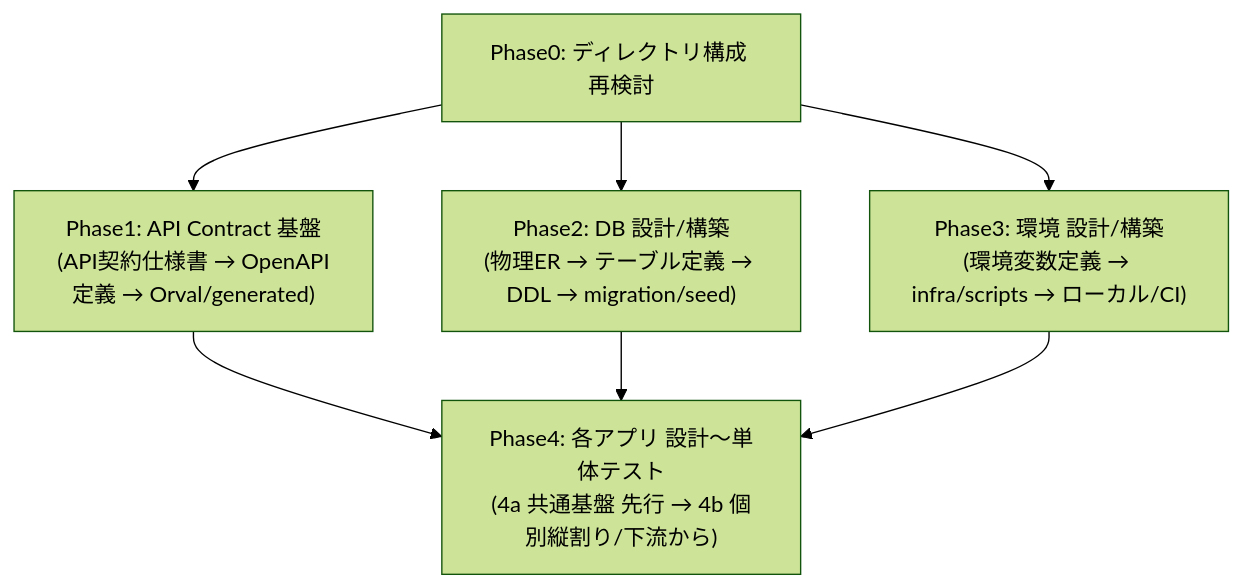
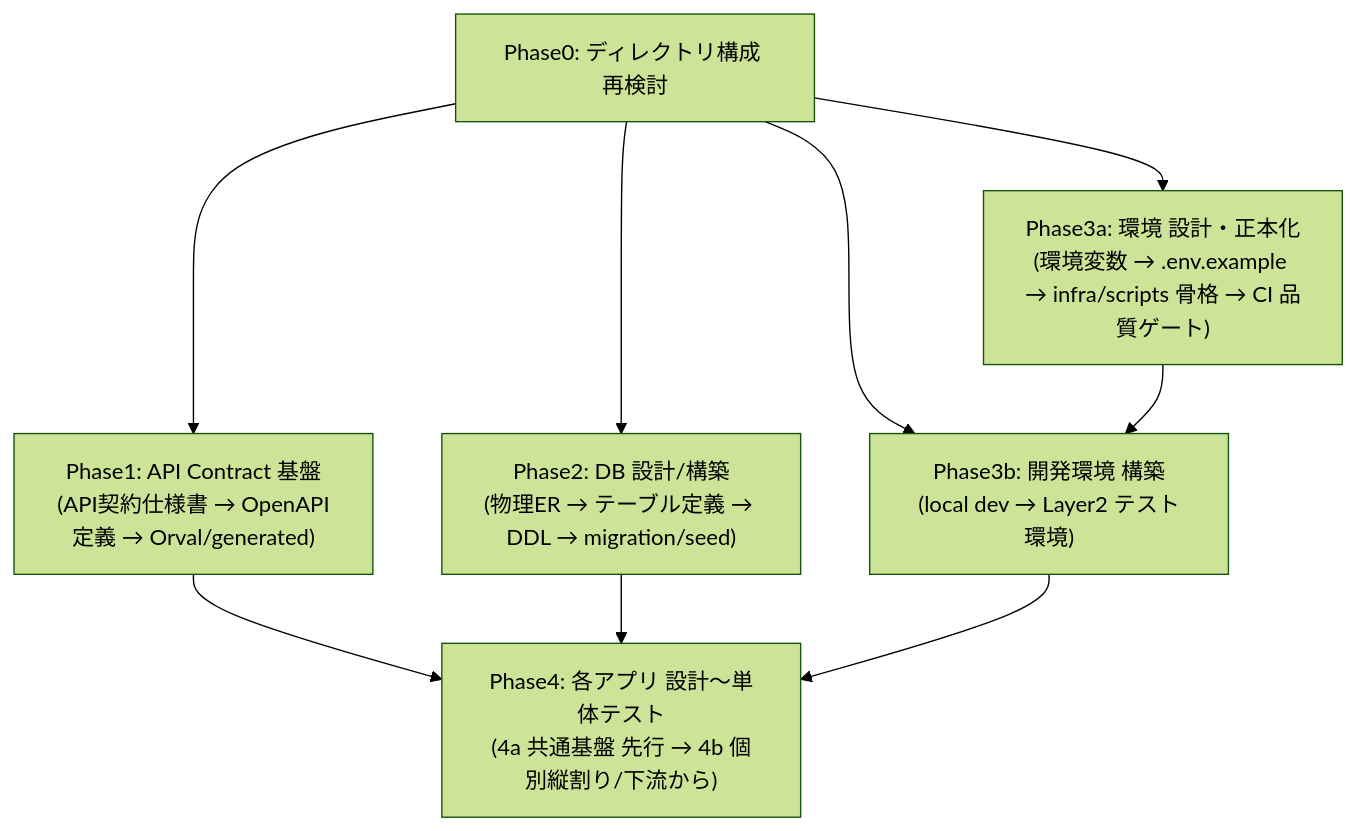
One commit to ryo-chan-k6/GiftRecommendAPP_MVP_CYCLE_3 changed the diagram in docs/00_共通/プロジェクト管理/実装フェーズ実行プロセス設計書.md. Above: the diagram before and after it, drawn with Mermaid (forest theme). The commit also changed other lines of this file and 2 other files, not shown here.

````diff
--- a/docs/00_共通/プロジェクト管理/実装フェーズ実行プロセス設計書.md
+++ b/docs/00_共通/プロジェクト管理/実装フェーズ実行プロセス設計書.md
@@ -62,10 +62,12 @@
 ```mermaid
 flowchart TD
     P0["Phase0: ディレクトリ構成 再検討"] --> P1["Phase1: API Contract 基盤<br/>(API契約仕様書 → OpenAPI定義 → Orval/generated)"]
     P0 --> P2["Phase2: DB 設計/構築<br/>(物理ER → テーブル定義 → DDL → migration/seed)"]
-    P0 --> P3["Phase3: 環境 設計/構築<br/>(環境変数定義 → infra/scripts → ローカル/CI)"]
+    P0 --> P3a["Phase3a: 環境 設計・正本化<br/>(環境変数 → .env.example → infra/scripts 骨格 → CI 品質ゲート)"]
+    P0 --> P3b["Phase3b: 開発環境 構築<br/>(local dev → Layer2 テスト環境)"]
+    P3a --> P3b
     P1 --> P4
     P2 --> P4
-    P3 --> P4
+    P3b --> P4
     P4["Phase4: 各アプリ 設計〜単体テスト<br/>(4a 共通基盤 先行 → 4b 個別縦割り/下流から)"]
 ```
````
